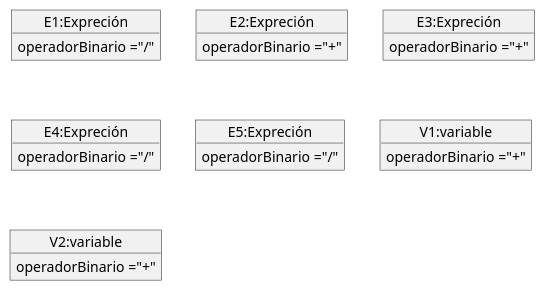
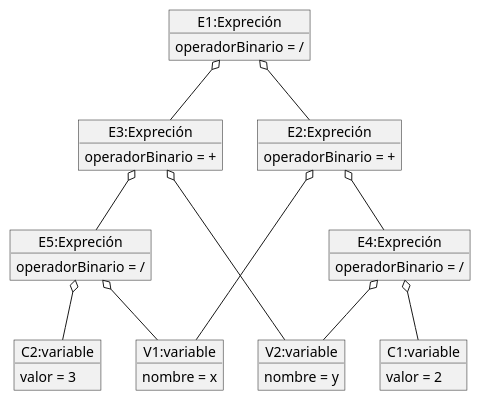
The diagram in prueba.puml (JuanDavid111/Practica-2), drawn with PlantUML before and after one commit.

```diff
--- a/prueba.puml
+++ b/prueba.puml
@@ -1,28 +1,46 @@
-@startuml Ejercicio g
+@startuml Ejercicio d
 
 object "E1:Expreción" as o1
-o1 : operadorBinario ="/"
+o1 : operadorBinario = /
 
 object "E2:Expreción" as o2
-o2 : operadorBinario ="+"
+o2 : operadorBinario = +
 
 object "E3:Expreción" as o3
-o3 : operadorBinario ="+"
+o3 : operadorBinario = +
 
 object "E4:Expreción" as o4
-o4 : operadorBinario ="/"
+o4 : operadorBinario = /
 
 object "E5:Expreción" as o5
-o5 : operadorBinario ="/"
+o5 : operadorBinario = /
 
 object "V1:variable" as v1
-v1 : operadorBinario ="+"
+v1 : nombre = x
 
 object "V2:variable" as v2
-v2 : operadorBinario ="+"
+v2 : nombre = y
 
+object "C1:variable" as c1
+c1 : valor = 2
+
+object "C2:variable" as c2
+c2 : valor = 3
+
+	o1 o-- o2
+    o1 o-- o3
+    o2 o-- o4
+    o2 o-- v1
+    o4 o-- v2
+    o4 o-- c1
+    o5 o-- c2
+    o3 o-- o5
+    o3 o-- v2
+    o5 o-- v1
+
+ 
 
 
 
 
 @enduml
```
